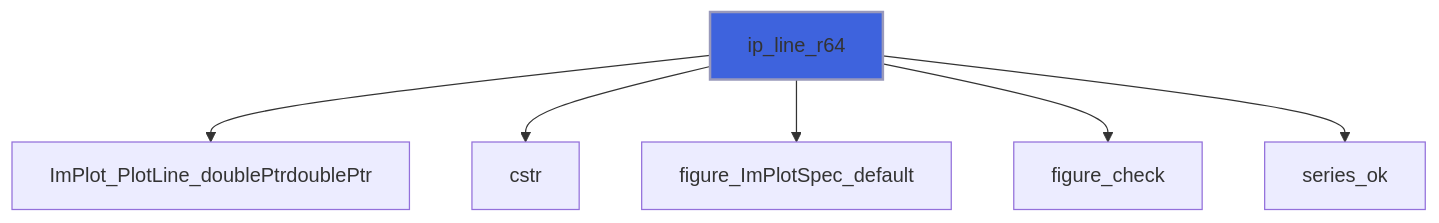
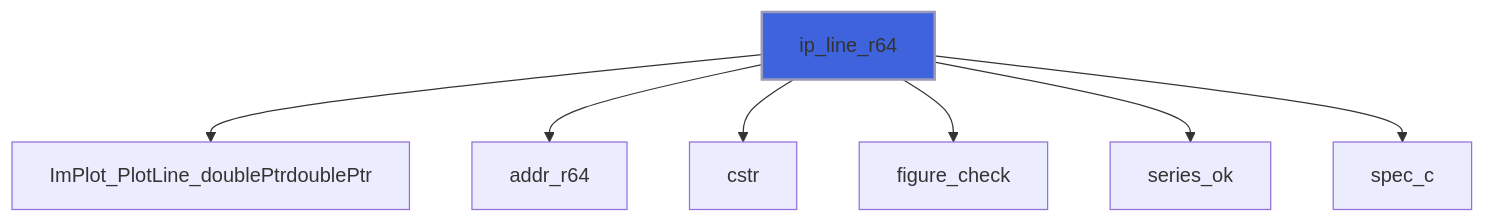
The ninth of 21 diagrams in docs/api/src/lib/figure_implot.md (szaghi/figure), drawn with Mermaid before and after one commit. The commit also changed other lines of this file and 17 other files, not shown here.

````diff
--- a/docs/api/src/lib/figure_implot.md
+++ b/docs/api/src/lib/figure_implot.md
@@ -137,9 +326,10 @@
 ```mermaid
 flowchart TD
   ip_line_r64["ip_line_r64"] --> ImPlot_PlotLine_doublePtrdoublePtr["ImPlot_PlotLine_doublePtrdoublePtr"]
+  ip_line_r64["ip_line_r64"] --> addr_r64["addr_r64"]
   ip_line_r64["ip_line_r64"] --> cstr["cstr"]
-  ip_line_r64["ip_line_r64"] --> figure_ImPlotSpec_default["figure_ImPlotSpec_default"]
   ip_line_r64["ip_line_r64"] --> figure_check["figure_check"]
   ip_line_r64["ip_line_r64"] --> series_ok["series_ok"]
+  ip_line_r64["ip_line_r64"] --> spec_c["spec_c"]
   style ip_line_r64 fill:#3e63dd,stroke:#99b,stroke-width:2px
 ```
````
